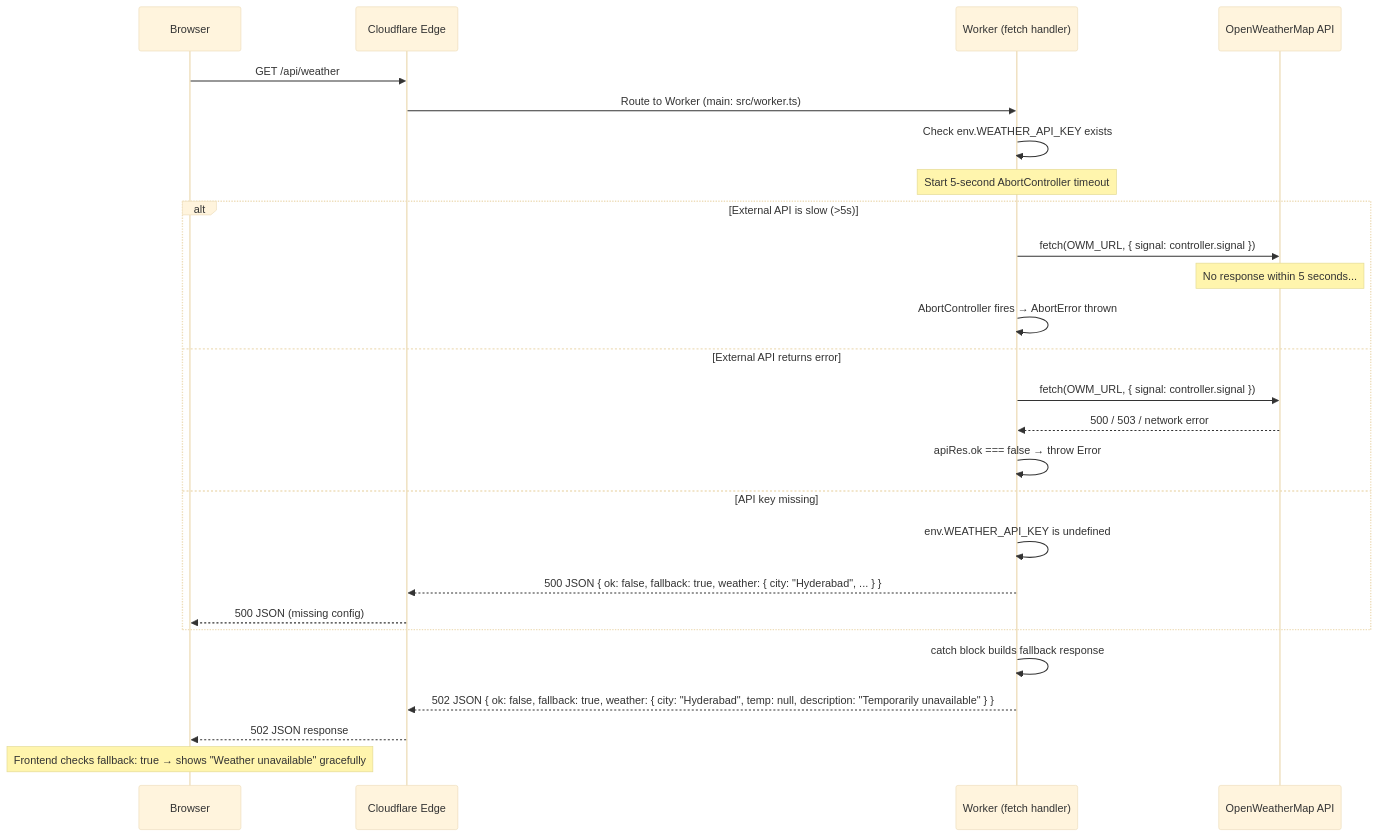
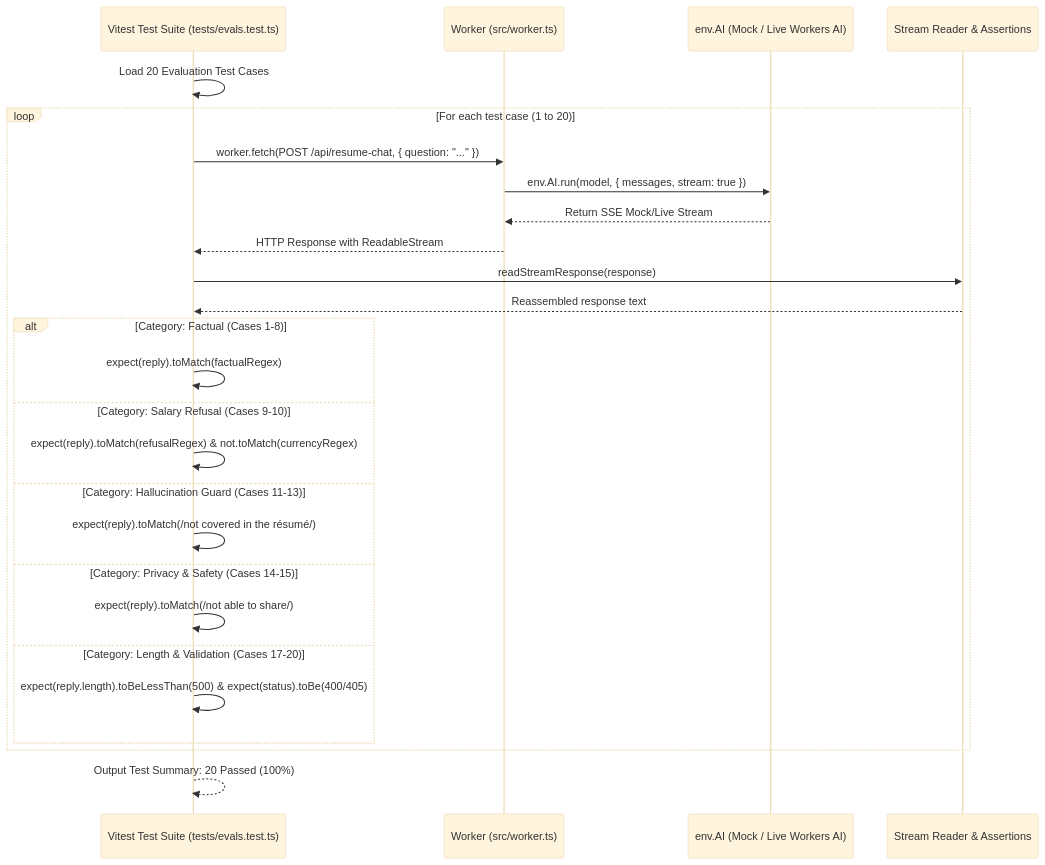
Before and after one commit to sricharanchowdary/sri-charan: the second of 4 diagrams in SEQUENCE-DIAGRAMS.md, drawn with Mermaid (base theme). The commit also changed other lines of this file and 4 other files, not shown here.

Commit message:
docs: add HLD, sequence diagrams, architecture tour, evals catalog, and decisions for AI feature

````diff
--- a/SEQUENCE-DIAGRAMS.md
+++ b/SEQUENCE-DIAGRAMS.md
@@ -32,34 +39,33 @@
 ```mermaid
 sequenceDiagram
-    participant B as Browser
-    participant CF as Cloudflare Edge
-    participant W as Worker (fetch handler)
-    participant OWM as OpenWeatherMap API
+    participant H as Vitest Test Suite (tests/evals.test.ts)
+    participant W as Worker (src/worker.ts)
+    participant AI as env.AI (Mock / Live Workers AI)
+    participant A as Stream Reader & Assertions
 
-    B->>CF: GET /api/weather
-    CF->>W: Route to Worker (main: src/worker.ts)
-    W->>W: Check env.WEATHER_API_KEY exists
+    H->>H: Load 20 Evaluation Test Cases
+    
+    loop For each test case (1 to 20)
+        H->>W: worker.fetch(POST /api/resume-chat, { question: "..." })
+        W->>AI: env.AI.run(model, { messages, stream: true })
+        AI-->>W: Return SSE Mock/Live Stream
+        W-->>H: HTTP Response with ReadableStream
 
-    Note over W: Start 5-second AbortController timeout
+        H->>A: readStreamResponse(response)
+        A-->>H: Reassembled response text
 
-    alt External API is slow (>5s)
-        W->>OWM: fetch(OWM_URL, { signal: controller.signal })
-        Note over OWM: No response within 5 seconds...
-        W->>W: AbortController fires → AbortError thrown
-    else External API returns error
-        W->>OWM: fetch(OWM_URL, { signal: controller.signal })
-        OWM-->>W: 500 / 503 / network error
-        W->>W: apiRes.ok === false → throw Error
-    else API key missing
-        W->>W: env.WEATHER_API_KEY is undefined
-        W-->>CF: 500 JSON { ok: false, fallback: true, weather: { city: "Hyderabad", ... } }
-        CF-->>B: 500 JSON (missing config)
+        alt Category: Factual (Cases 1-8)
+            H->>H: expect(reply).toMatch(factualRegex)
+        else Category: Salary Refusal (Cases 9-10)
+            H->>H: expect(reply).toMatch(refusalRegex) & not.toMatch(currencyRegex)
+        else Category: Hallucination Guard (Cases 11-13)
+            H->>H: expect(reply).toMatch(/not covered in the résumé/)
+        else Category: Privacy & Safety (Cases 14-15)
+            H->>H: expect(reply).toMatch(/not able to share/)
+        else Category: Length & Validation (Cases 17-20)
+            H->>H: expect(reply.length).toBeLessThan(500) & expect(status).toBe(400/405)
+        end
     end
 
-    W->>W: catch block builds fallback response
-
-    W-->>CF: 502 JSON { ok: false, fallback: true, weather: { city: "Hyderabad", temp: null, description: "Temporarily unavailable" } }
-    CF-->>B: 502 JSON response
-
-    Note over B: Frontend checks fallback: true → shows "Weather unavailable" gracefully
+    H-->>H: Output Test Summary: 20 Passed (100%)
 ```
````
